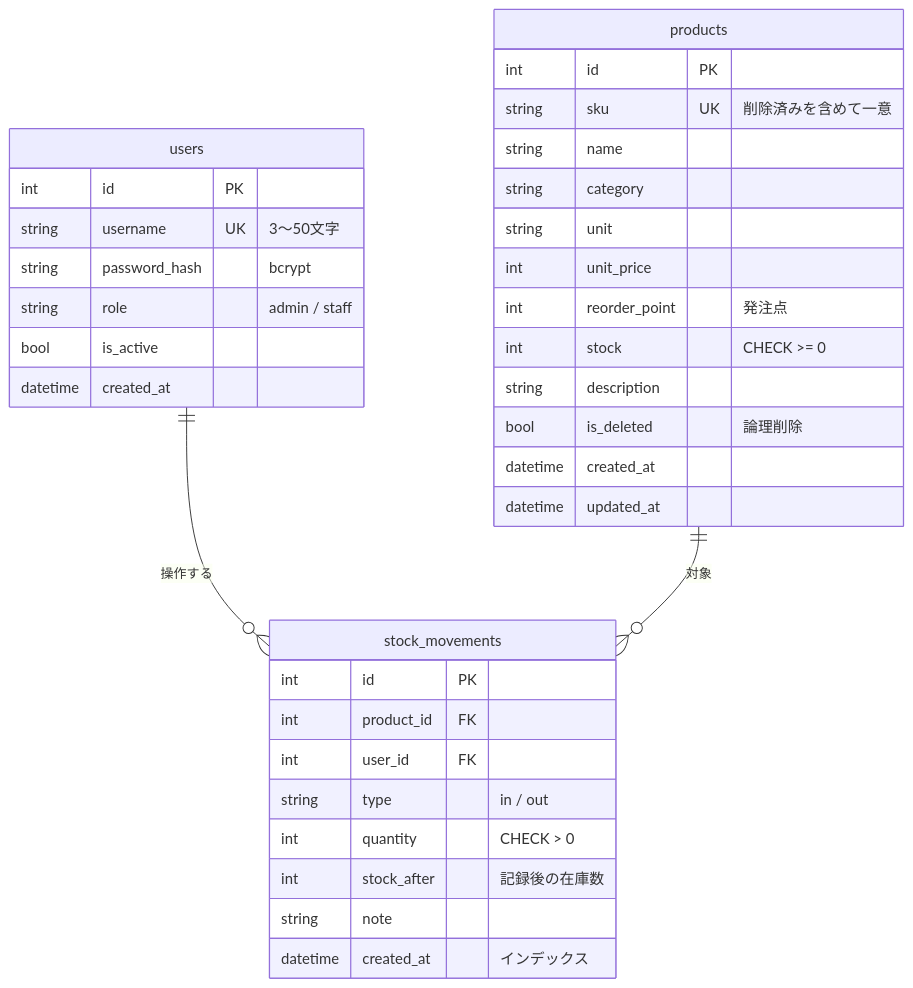
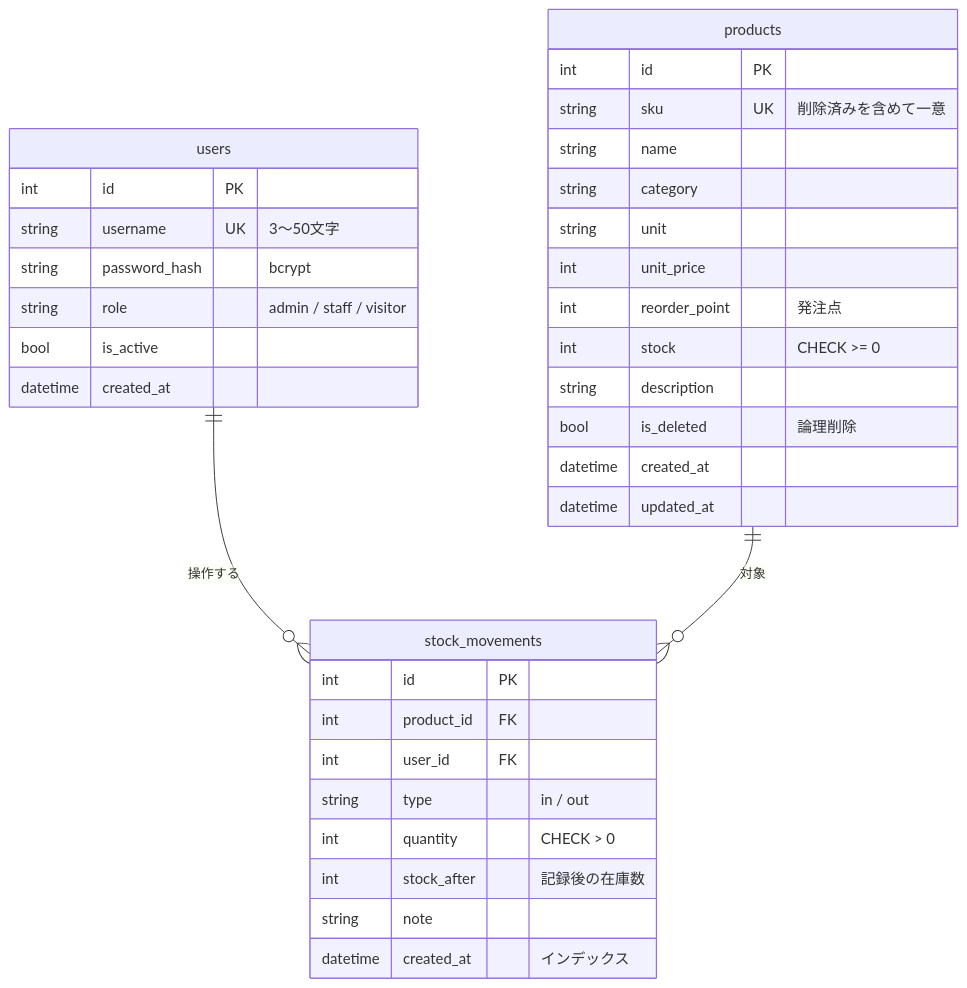
One commit to tetsuya111/portfolio-site changed the second of 4 diagrams in portfolios/inventory-management/docs/architecture.md. Above: the diagram before and after it, drawn with Mermaid. The commit also changed 1 other file, not shown here.

Commit message:
docs(inventory-management): 閲覧者権限を README・構成資料に反映する

````diff
--- a/portfolios/inventory-management/docs/architecture.md
+++ b/portfolios/inventory-management/docs/architecture.md
@@ -27,37 +27,37 @@
 ```mermaid
 erDiagram
   users ||--o{ stock_movements : "操作する"
   products ||--o{ stock_movements : "対象"
   users {
     int id PK
     string username UK "3〜50文字"
     string password_hash "bcrypt"
-    string role "admin / staff"
+    string role "admin / staff / visitor"
     bool is_active
     datetime created_at
   }
   products {
     int id PK
     string sku UK "削除済みを含めて一意"
     string name
     string category
     string unit
     int unit_price
     int reorder_point "発注点"
     int stock "CHECK >= 0"
     string description
     bool is_deleted "論理削除"
     datetime created_at
     datetime updated_at
   }
   stock_movements {
     int id PK
     int product_id FK
     int user_id FK
     string type "in / out"
     int quantity "CHECK > 0"
     int stock_after "記録後の在庫数"
     string note
     datetime created_at "インデックス"
   }
 ```
````
